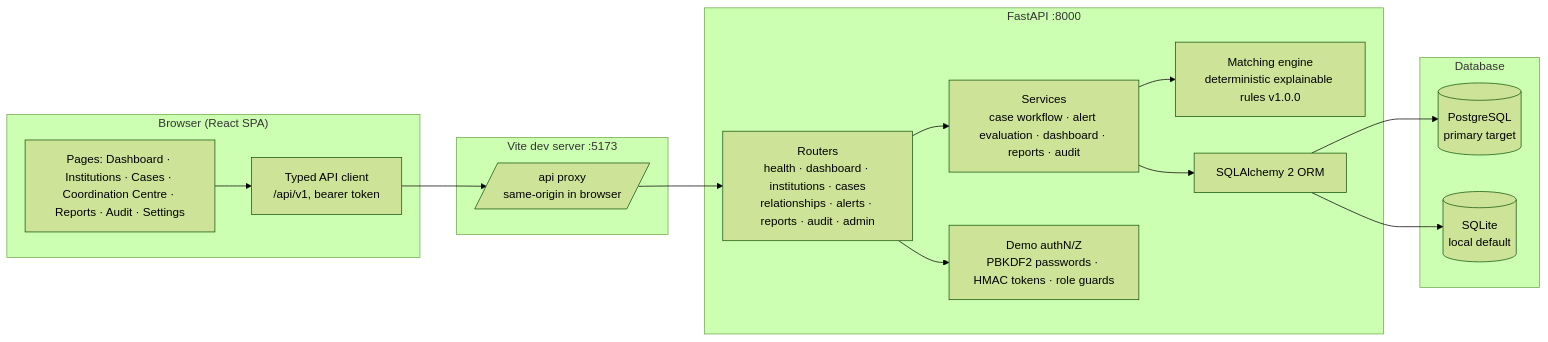
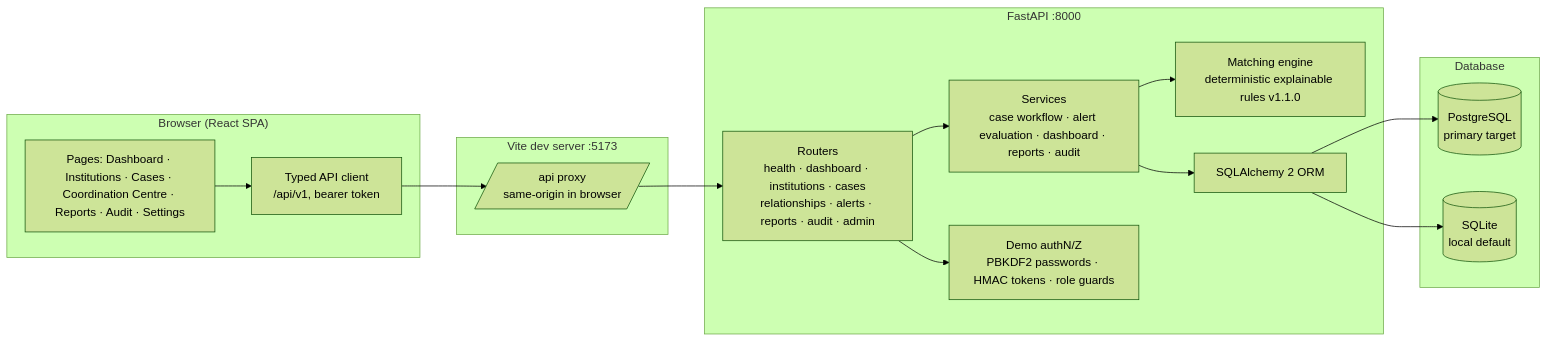
Before and after one commit to diks1901/INSTITRACE: the first of 2 diagrams in docs/architecture.md, drawn with Mermaid (forest theme). The commit also changed 22 other files, not shown here.

````diff
--- a/docs/architecture.md
+++ b/docs/architecture.md
@@ -5,31 +5,31 @@
 ```mermaid
 flowchart LR
     subgraph Browser["Browser (React SPA)"]
         UI[Pages: Dashboard · Institutions · Cases · Coordination Centre · Reports · Audit · Settings]
         AC[Typed API client<br/>/api/v1, bearer token]
     end
 
     subgraph Frontend["Vite dev server :5173"]
         PRX[/api proxy<br/>same-origin in browser/]
     end
 
     subgraph Backend["FastAPI :8000"]
         R[Routers<br/>health · dashboard · institutions · cases<br/>relationships · alerts · reports · audit · admin]
         S[Services<br/>case workflow · alert evaluation · dashboard · reports · audit]
-        ME[Matching engine<br/>deterministic explainable rules v1.0.0]
+        ME[Matching engine<br/>deterministic explainable rules v1.1.0]
         SEC[Demo authN/Z<br/>PBKDF2 passwords · HMAC tokens · role guards]
         ORM[SQLAlchemy 2 ORM]
     end
 
     subgraph Data["Database"]
         PG[(PostgreSQL<br/>primary target)]
         SQ[(SQLite<br/>local default)]
     end
 
     UI --> AC --> PRX --> R
     R --> S --> ORM
     S --> ME
     R --> SEC
     ORM --> PG
     ORM --> SQ
 ```
````
